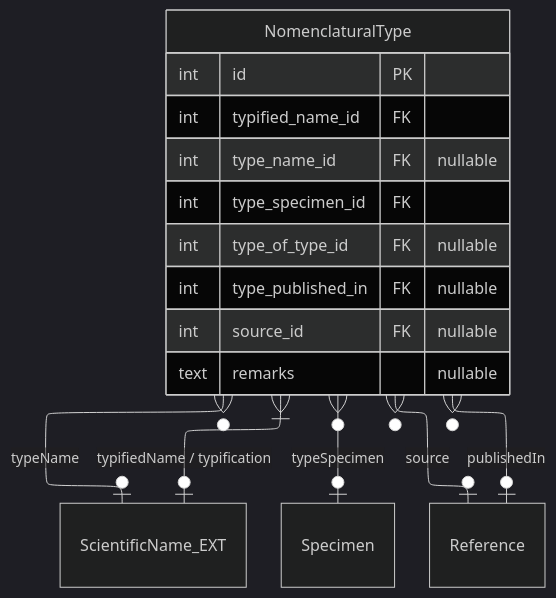
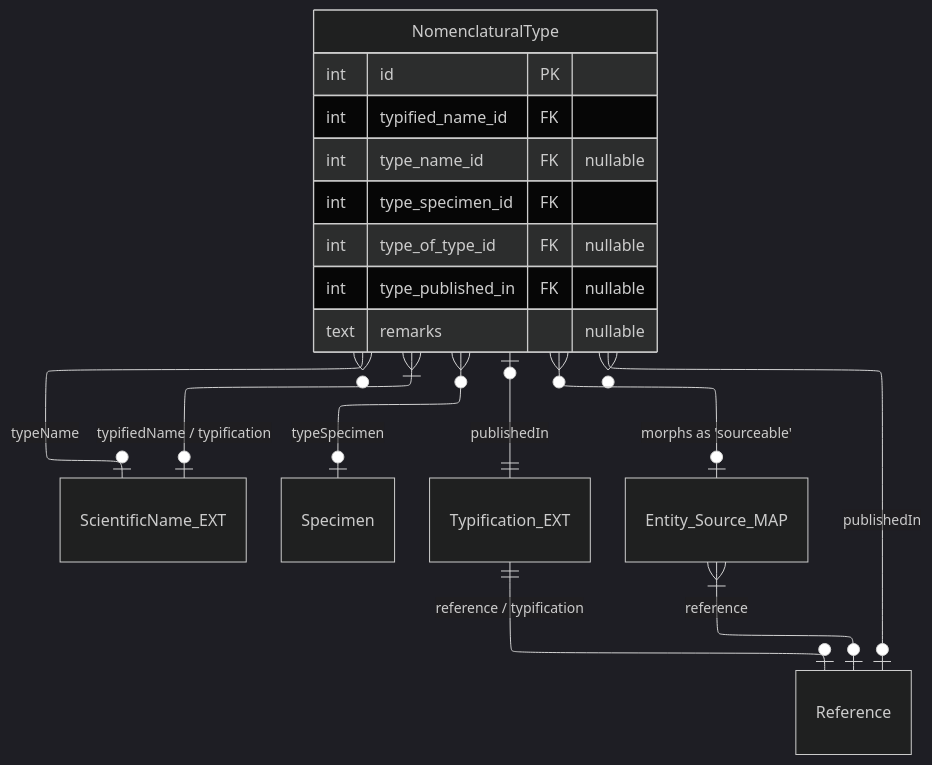
Before and after one commit to vicflora/vicflora-data-model-2026: the fourth of 18 diagrams in docs/layers.md, drawn with Mermaid (dark theme). The commit also changed other lines of this file, not shown here.

````diff
--- a/docs/layers.md
+++ b/docs/layers.md
@@ -238,24 +226,26 @@
 ```mermaid
 ---
 config:
     layout: elk
 ---
 erDiagram
 %%    NomenclaturalType }|--o| ControlledTerm : "typeOfType"
     NomenclaturalType }|--o| ScientificName_EXT : "typifiedName / typification"
     NomenclaturalType }o--o| ScientificName_EXT : "typeName"
     NomenclaturalType }o--o| Specimen : "typeSpecimen"
     NomenclaturalType }o--o| Reference : "publishedIn"
-    NomenclaturalType }o--o| Reference : "source"
+    NomenclaturalType |o--|| Typification_EXT : "publishedIn"
+    Typification_EXT ||--o| Reference : "reference / typification"
+    NomenclaturalType }o--o| Entity_Source_MAP : "morphs as 'sourceable'"
+    Entity_Source_MAP }|--o| Reference : "reference"
 
     NomenclaturalType {
         int id PK
         int typified_name_id FK
         int type_name_id FK "nullable"
         int type_specimen_id FK
         int type_of_type_id FK "nullable"
         int type_published_in FK "nullable"
-        int source_id FK "nullable"
         text remarks "nullable"
     }
 ```
````
